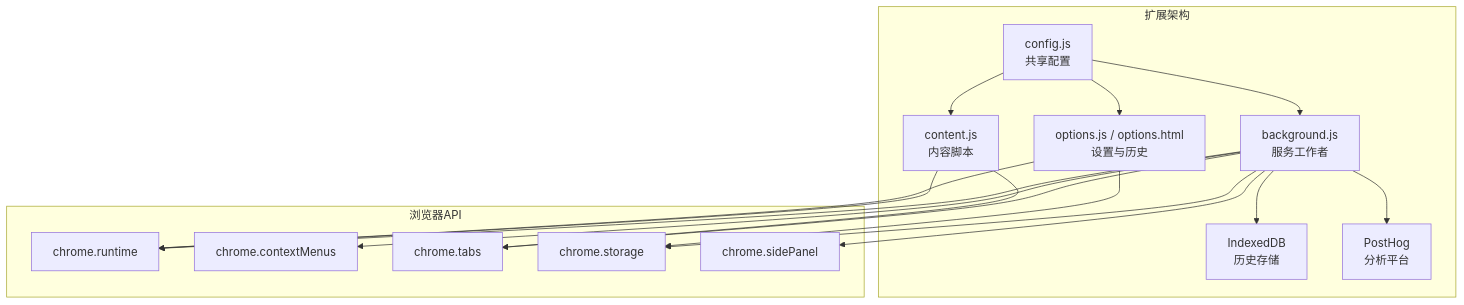
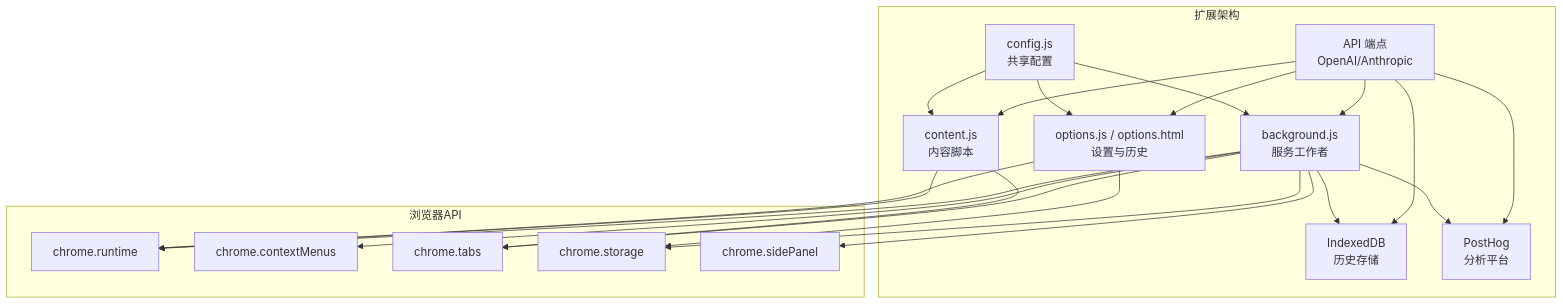
Before and after one commit to binasi/Img2Prompt: the first of 6 diagrams in .qoder/repowiki/zh/content/技术架构/核心模块分析/后台服务模块 (background.js).md, drawn with Mermaid. The commit also changed other lines of this file and 7 other files, not shown here.

````diff
--- a/.qoder/repowiki/zh/content/技术架构/核心模块分析/后台服务模块 (background.js).md
+++ b/.qoder/repowiki/zh/content/技术架构/核心模块分析/后台服务模块 (background.js).md
@@ -54,32 +52,38 @@
 ```mermaid
 graph TB
 subgraph "扩展架构"
 SW["background.js<br/>服务工作者"]
 CS["content.js<br/>内容脚本"]
 CFG["config.js<br/>共享配置"]
 OPT["options.js / options.html<br/>设置与历史"]
 IDB["IndexedDB<br/>历史存储"]
 PH["PostHog<br/>分析平台"]
+ENDPOINT["API 端点<br/>OpenAI/Anthropic"]
+ENDPOINT --> SW
+ENDPOINT --> CS
+ENDPOINT --> OPT
+ENDPOINT --> IDB
+ENDPOINT --> PH
 end
 subgraph "浏览器API"
 RT["chrome.runtime"]
 CM["chrome.contextMenus"]
 TAB["chrome.tabs"]
 ST["chrome.storage"]
 SP["chrome.sidePanel"]
 end
 SW --> RT
 SW --> CM
 SW --> ST
 SW --> SP
 SW --> TAB
 SW --> IDB
 SW --> PH
 CS --> RT
 CS --> TAB
 OPT --> ST
 OPT --> RT
 CFG --> SW
 CFG --> CS
 CFG --> OPT
 ```
````
